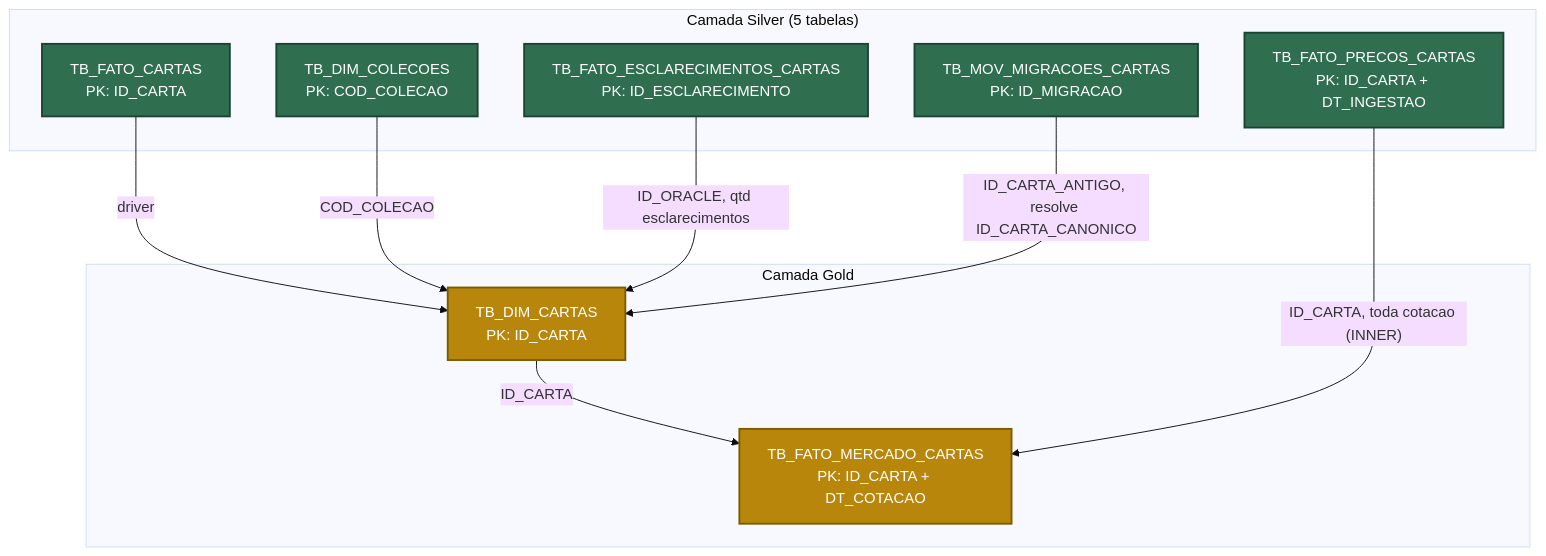
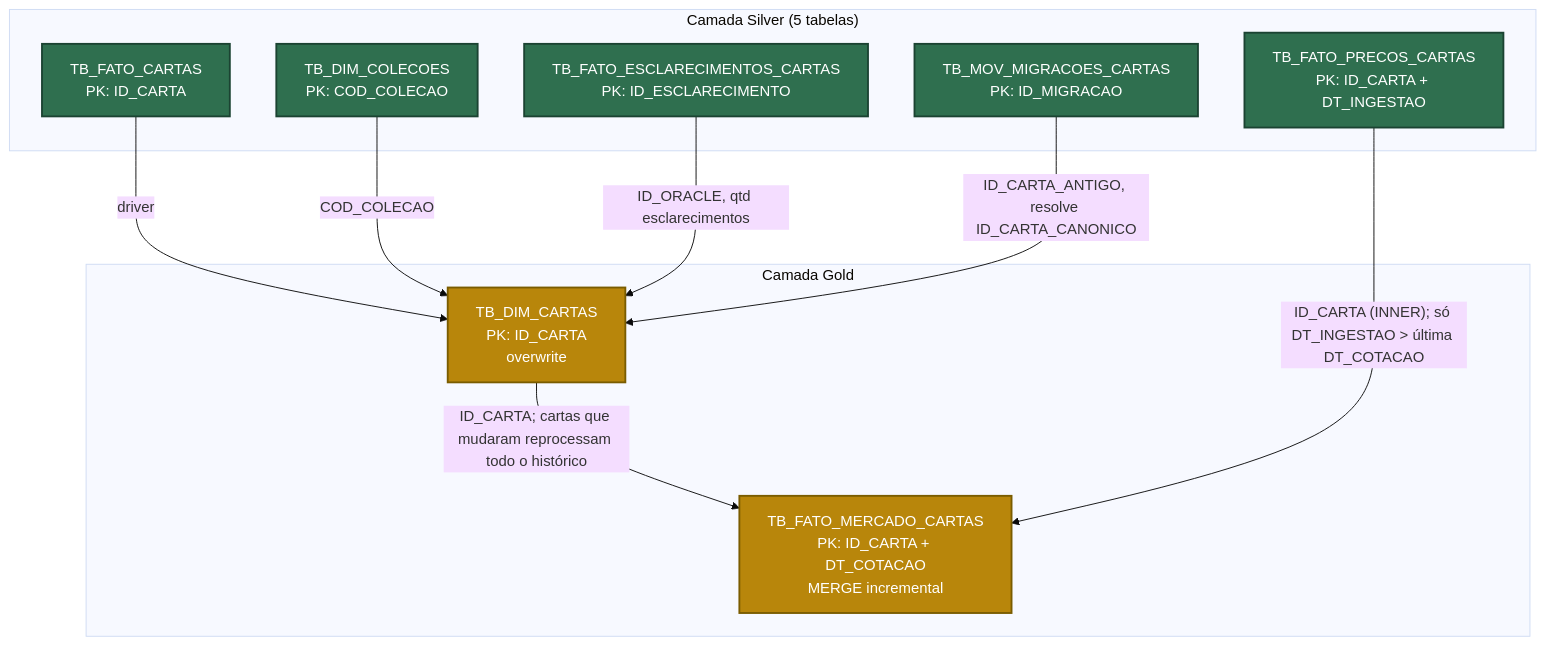
One commit to scudellerlemos/pipeline-databricks-mtg-dev changed the diagram in src/04 - Gold/Readme.md. Above: the diagram before and after it, drawn with Mermaid (base theme). The commit also changed other lines of this file, not shown here.

Commit message:
Modelagem da Gold com o modo de carga de cada tabela

````diff
--- a/src/04 - Gold/Readme.md
+++ b/src/04 - Gold/Readme.md
@@ -14,28 +14,28 @@
 ```mermaid
 graph TD
     subgraph SILVER["Camada Silver (5 tabelas)"]
         FATO_CARTAS["TB_FATO_CARTAS<br/>PK: ID_CARTA"]
         DIM_COLECOES["TB_DIM_COLECOES<br/>PK: COD_COLECAO"]
         FATO_PRECOS["TB_FATO_PRECOS_CARTAS<br/>PK: ID_CARTA + DT_INGESTAO"]
         FATO_ESCLARECIMENTOS["TB_FATO_ESCLARECIMENTOS_CARTAS<br/>PK: ID_ESCLARECIMENTO"]
         MOV_MIGRACOES["TB_MOV_MIGRACOES_CARTAS<br/>PK: ID_MIGRACAO"]
     end
 
     subgraph GOLD["Camada Gold"]
-        GOLD_DIM["TB_DIM_CARTAS<br/>PK: ID_CARTA"]
-        GOLD_MERCADO["TB_FATO_MERCADO_CARTAS<br/>PK: ID_CARTA + DT_COTACAO"]
+        GOLD_DIM["TB_DIM_CARTAS<br/>PK: ID_CARTA<br/>overwrite"]
+        GOLD_MERCADO["TB_FATO_MERCADO_CARTAS<br/>PK: ID_CARTA + DT_COTACAO<br/>MERGE incremental"]
     end
 
     FATO_CARTAS -->|"driver"| GOLD_DIM
     DIM_COLECOES -->|"COD_COLECAO"| GOLD_DIM
     FATO_ESCLARECIMENTOS -->|"ID_ORACLE, qtd esclarecimentos"| GOLD_DIM
     MOV_MIGRACOES -->|"ID_CARTA_ANTIGO, resolve ID_CARTA_CANONICO"| GOLD_DIM
-    GOLD_DIM -->|"ID_CARTA"| GOLD_MERCADO
-    FATO_PRECOS -->|"ID_CARTA, toda cotacao (INNER)"| GOLD_MERCADO
+    GOLD_DIM -->|"ID_CARTA; cartas que mudaram reprocessam todo o histórico"| GOLD_MERCADO
+    FATO_PRECOS -->|"ID_CARTA (INNER); só DT_INGESTAO > última DT_COTACAO"| GOLD_MERCADO
 
     classDef used fill:#2f6f4f,stroke:#1b4332,color:#ffffff,stroke-width:2px;
     classDef gold fill:#b8860b,stroke:#7a5c00,color:#ffffff,stroke-width:2px;
 
     class FATO_CARTAS,DIM_COLECOES,FATO_PRECOS,FATO_ESCLARECIMENTOS,MOV_MIGRACOES used;
     class GOLD_DIM,GOLD_MERCADO gold;
 ```
````
